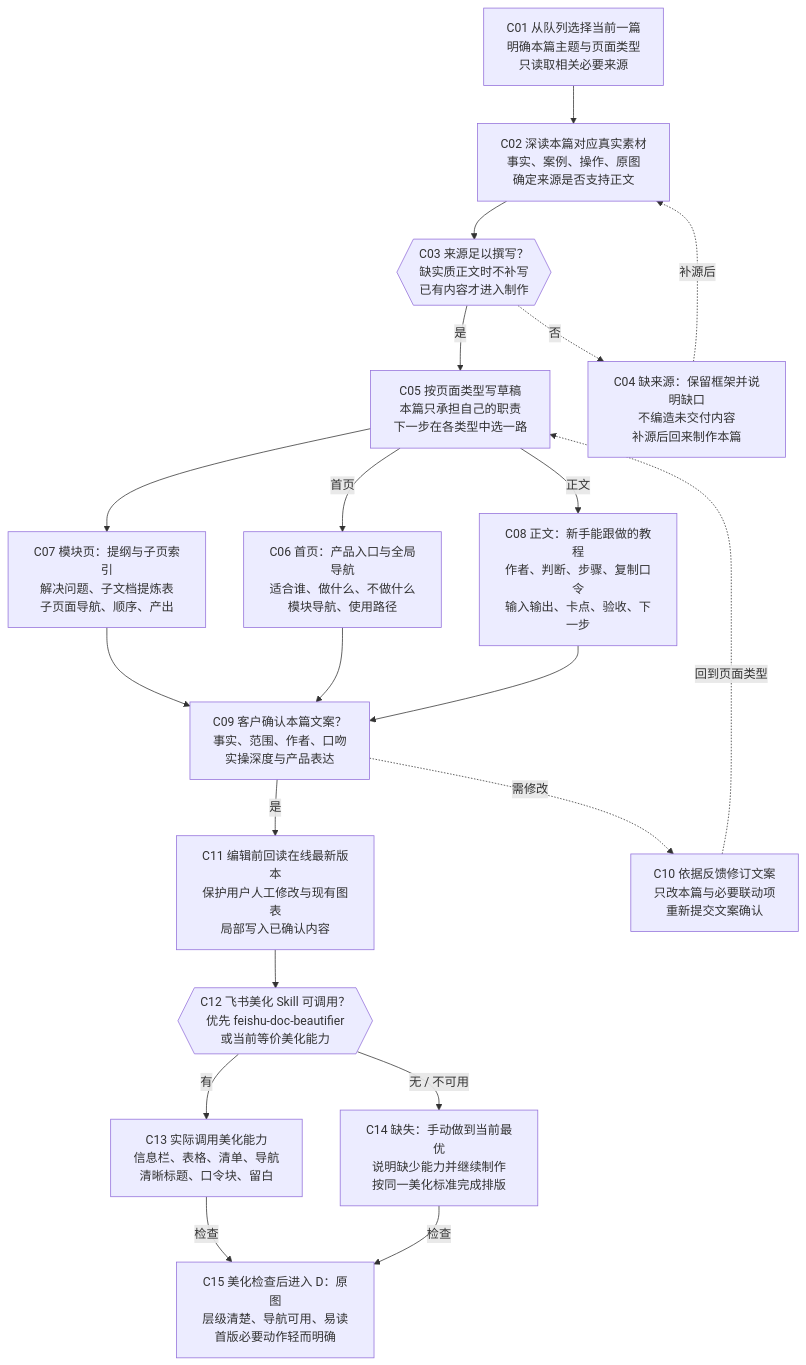
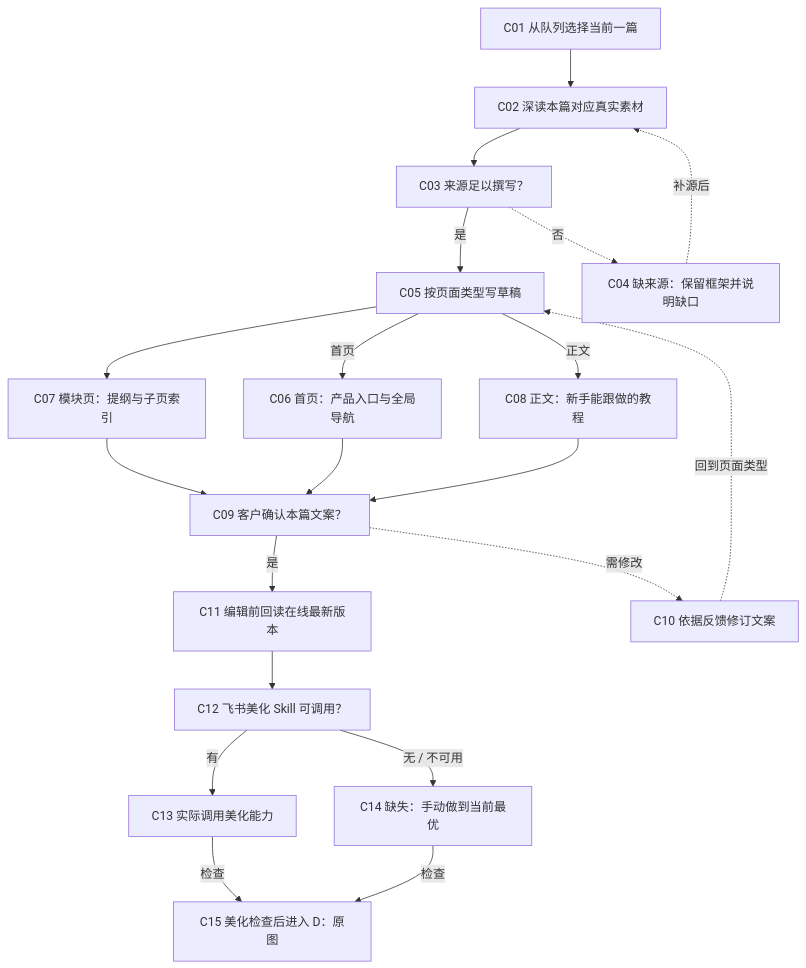
Before and after one commit to banmu23/banmu-skills: the fourth of 8 diagrams in plugins/feishu-kb-product-builder/skills/feishu-kb-product-builder/references/流程图.md, drawn with Mermaid. The commit also changed other lines of this file and 53 other files, not shown here.

Commit message:
发布知识库 V3 与正文配图 V2：关键锚点、丰富表演和高质感光影

````diff
--- a/plugins/feishu-kb-product-builder/skills/feishu-kb-product-builder/references/流程图.md
+++ b/plugins/feishu-kb-product-builder/skills/feishu-kb-product-builder/references/流程图.md
@@ -154,37 +144,37 @@
 ```mermaid
 flowchart TD
-  C01["C01 从队列选择当前一篇<br/>明确本篇主题与页面类型<br/>只读取相关必要来源"]
-  C02["C02 深读本篇对应真实素材<br/>事实、案例、操作、原图<br/>确定来源是否支持正文"]
-  C03{{"C03 来源足以撰写？<br/>缺实质正文时不补写<br/>已有内容才进入制作"}}
-  C04["C04 缺来源：保留框架并说明缺口<br/>不编造未交付内容<br/>补源后回来制作本篇"]
-  C05["C05 按页面类型写草稿<br/>本篇只承担自己的职责<br/>下一步在各类型中选一路"]
-  C06["C06 首页：产品入口与全局导航<br/>适合谁、做什么、不做什么<br/>模块导航、使用路径"]
-  C07["C07 模块页：提纲与子页索引<br/>解决问题、子文档提炼表<br/>子页面导航、顺序、产出"]
-  C08["C08 正文：新手能跟做的教程<br/>作者、判断、步骤、复制口令<br/>输入输出、卡点、验收、下一步"]
-  C09["C09 客户确认本篇文案？<br/>事实、范围、作者、口吻<br/>实操深度与产品表达"]
-  C10["C10 依据反馈修订文案<br/>只改本篇与必要联动项<br/>重新提交文案确认"]
-  C11["C11 编辑前回读在线最新版本<br/>保护用户人工修改与现有图表<br/>局部写入已确认内容"]
-  C12{{"C12 飞书美化 Skill 可调用？<br/>优先 feishu-doc-beautifier<br/>或当前等价美化能力"}}
-  C13["C13 实际调用美化能力<br/>信息栏、表格、清单、导航<br/>清晰标题、口令块、留白"]
-  C14["C14 缺失：手动做到当前最优<br/>说明缺少能力并继续制作<br/>按同一美化标准完成排版"]
-  C15["C15 美化检查后进入 D：原图<br/>层级清楚、导航可用、易读<br/>首版必要动作轻而明确"]
+  C01["C01 从队列选择当前一篇"]
+  C02["C02 深读本篇对应真实素材"]
+  C03["C03 来源足以撰写？"]
+  C04["C04 缺来源：保留框架并说明缺口"]
+  C05["C05 按页面类型写草稿"]
+  C06["C06 首页：产品入口与全局导航"]
+  C07["C07 模块页：提纲与子页索引"]
+  C08["C08 正文：新手能跟做的教程"]
+  C09["C09 客户确认本篇文案？"]
+  C10["C10 依据反馈修订文案"]
+  C11["C11 编辑前回读在线最新版本"]
+  C12["C12 飞书美化 Skill 可调用？"]
+  C13["C13 实际调用美化能力"]
+  C14["C14 缺失：手动做到当前最优"]
+  C15["C15 美化检查后进入 D：原图"]
   C01 --> C02
   C02 --> C03
   C03 --> |是| C05
   C05 --> C07
   C06 --> C09
   C07 --> C09
   C08 --> C09
   C09 --> |是| C11
   C11 --> C12
   C03 -.-> |否| C04
   C04 -.-> |补源后| C02
   C05 --> |首页| C06
   C05 --> |正文| C08
   C09 -.-> |需修改| C10
   C10 -.-> |回到页面类型| C05
   C12 --> |有| C13
   C12 --> |无 / 不可用| C14
   C13 --> |检查| C15
   C14 --> |检查| C15
 ```
````
